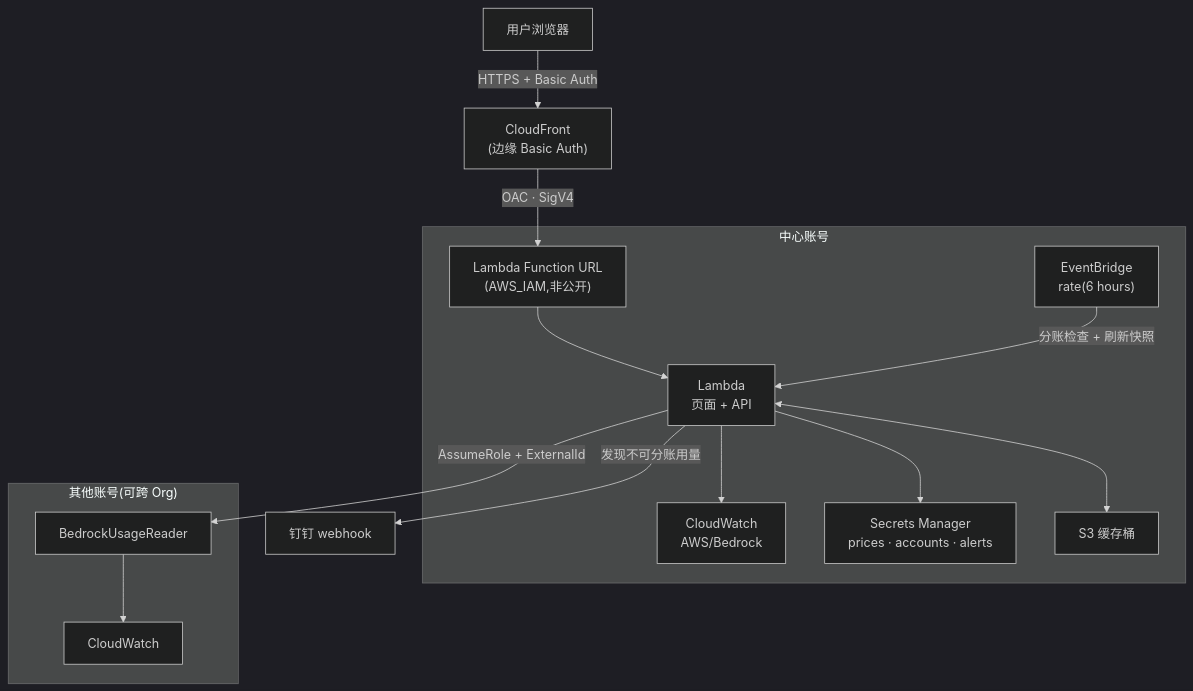
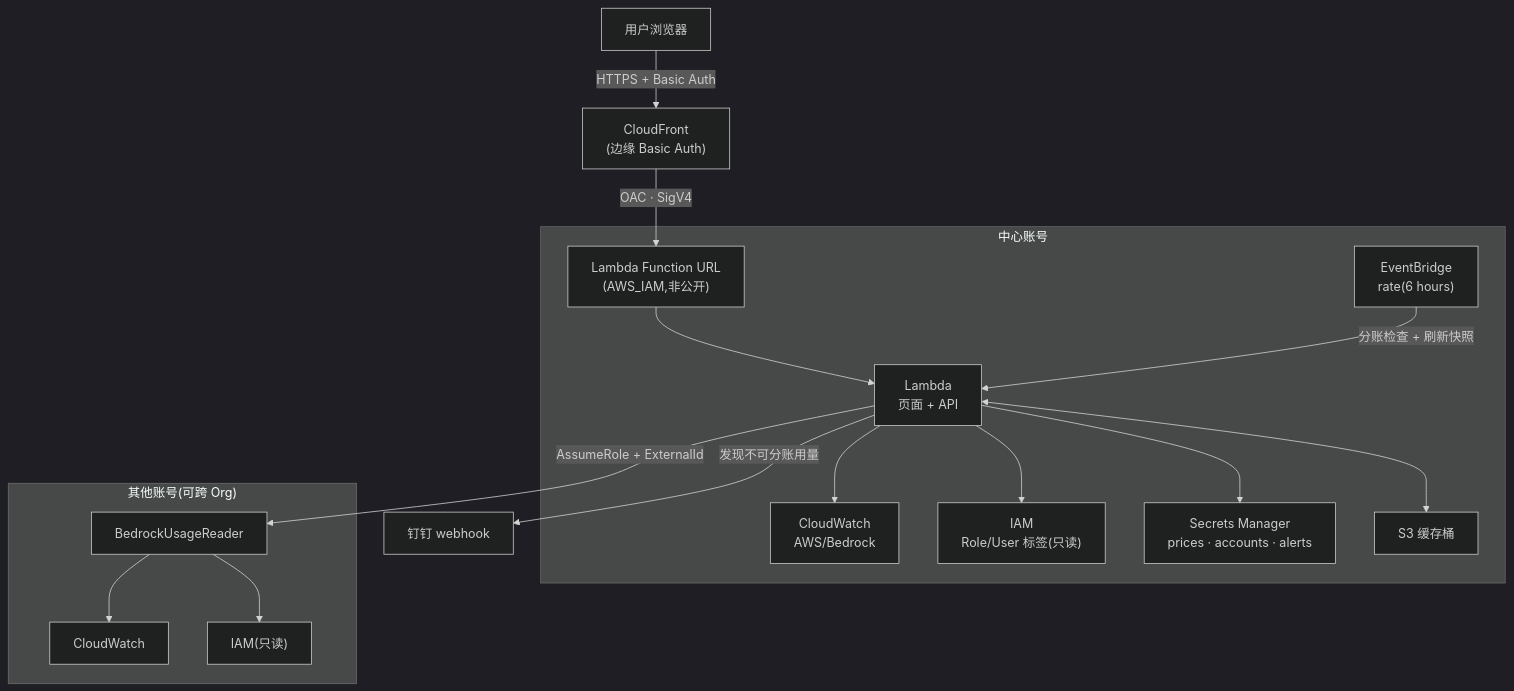
One commit to CrypticDriver/bedrock-usage-dashboard changed the diagram in README.md. Above: the diagram before and after it, drawn with Mermaid (dark theme). The commit also changed other lines of this file and 4 other files, not shown here.

````diff
--- a/README.md
+++ b/README.md
@@ -39,17 +40,19 @@
 ```mermaid
 flowchart TD
   U["用户浏览器"] -->|"HTTPS + Basic Auth"| CF["CloudFront<br/>(边缘 Basic Auth)"]
   CF -->|"OAC · SigV4"| FURL["Lambda Function URL<br/>(AWS_IAM,非公开)"]
   subgraph CENTRAL["中心账号"]
     FURL --> L["Lambda<br/>页面 + API"]
     EB["EventBridge<br/>rate(6 hours)"] -->|"分账检查 + 刷新快照"| L
     L --> CW["CloudWatch<br/>AWS/Bedrock"]
+    L --> IAM["IAM<br/>Role/User 标签(只读)"]
     L --> SM["Secrets Manager<br/>prices · accounts · alerts"]
     L <--> S3["S3 缓存桶"]
   end
   L -->|"发现不可分账用量"| DT["钉钉 webhook"]
   L -->|"AssumeRole + ExternalId"| RR
   subgraph ORG["其他账号(可跨 Org)"]
     RR["BedrockUsageReader"] --> CW2["CloudWatch"]
+    RR --> IAM2["IAM(只读)"]
   end
 ```
````
